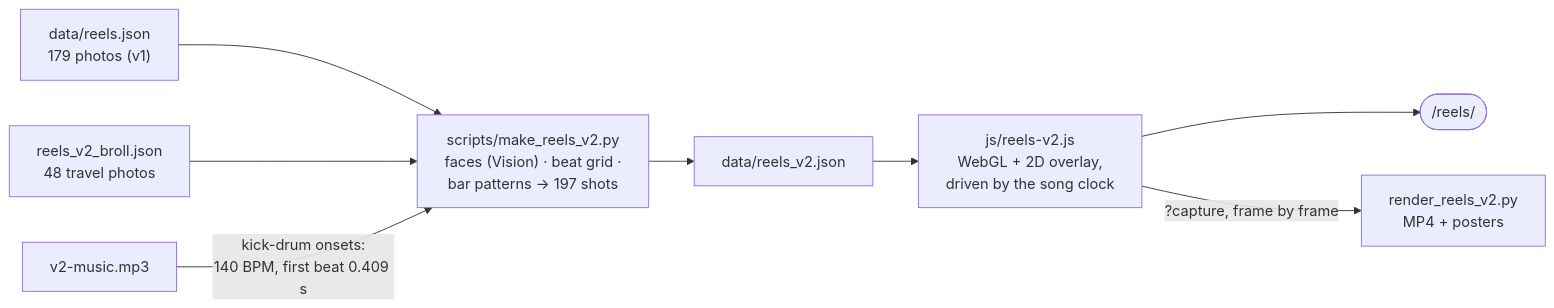
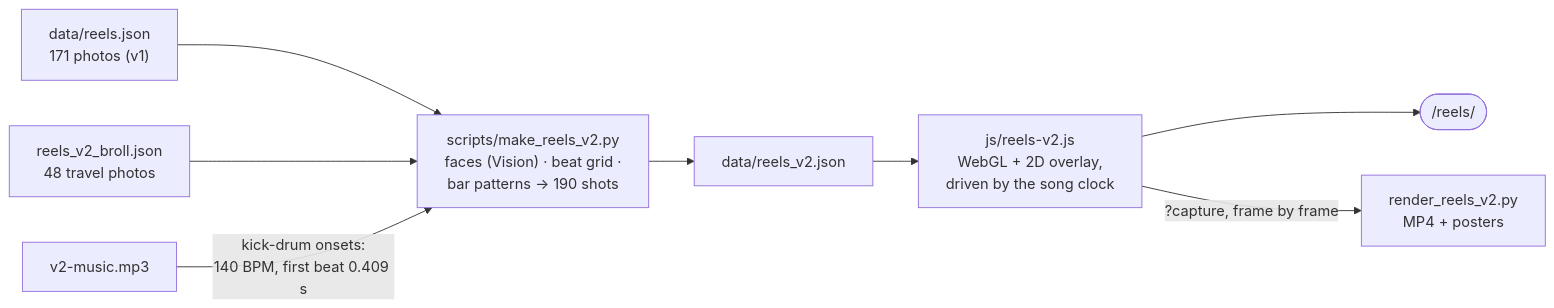
One commit to bcollier/ben.collier.phd changed the eighth of 10 diagrams in README.md. Above: the diagram before and after it, drawn with Mermaid. The commit also changed other lines of this file and 54 other files, not shown here.

````diff
--- a/README.md
+++ b/README.md
@@ -279,10 +281,10 @@
 ```mermaid
 flowchart LR
-  v1["data/reels.json<br/>179 photos (v1)"] --> dir
+  v1["data/reels.json<br/>171 photos (v1)"] --> dir
   broll["reels_v2_broll.json<br/>48 travel photos"] --> dir
   music["v2-music.mp3"] -->|kick-drum onsets:<br/>140 BPM, first beat 0.409 s| dir
-  dir["scripts/make_reels_v2.py<br/>faces (Vision) · beat grid ·<br/>bar patterns → 197 shots"] --> json["data/reels_v2.json"]
+  dir["scripts/make_reels_v2.py<br/>faces (Vision) · beat grid ·<br/>bar patterns → 190 shots"] --> json["data/reels_v2.json"]
   json --> player["js/reels-v2.js<br/>WebGL + 2D overlay,<br/>driven by the song clock"]
   player --> page(["/reels/"])
   player -->|?capture, frame by frame| mp4["render_reels_v2.py<br/>MP4 + posters"]
 ```
````
